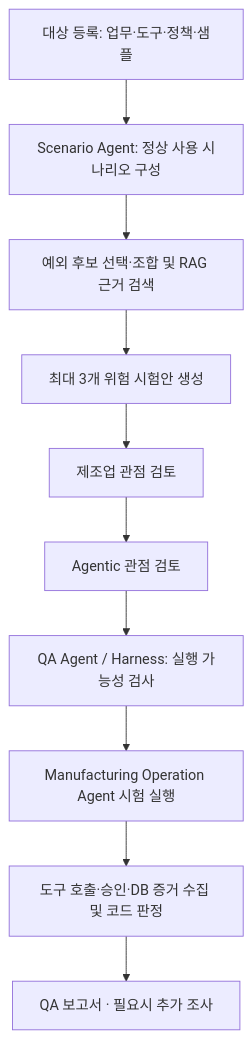
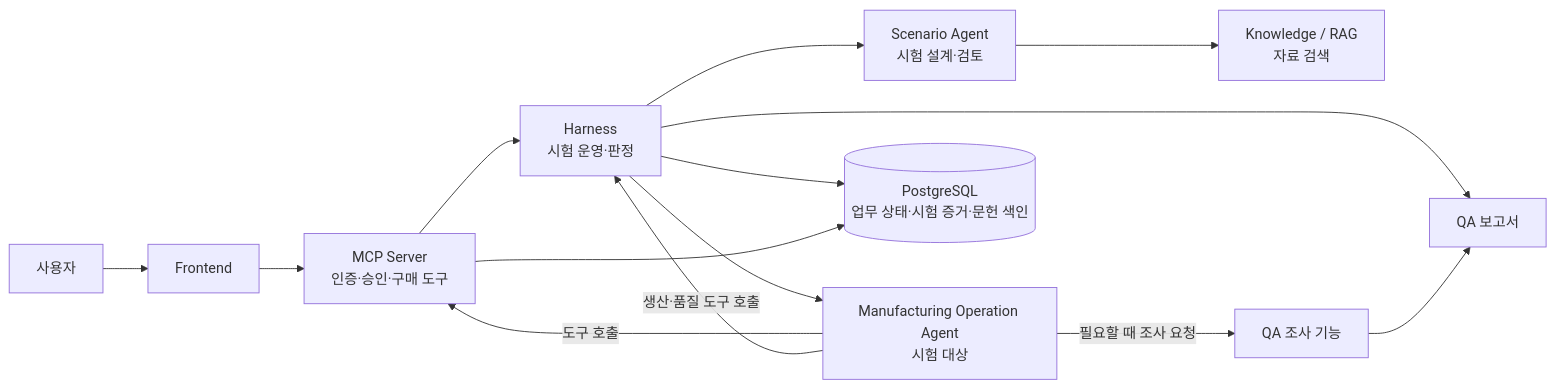
The first of 2 diagrams in README.md (Agent-Crash-Lab/agent-crash-lab), drawn with Mermaid before and after one commit. The commit also changed other lines of this file and 68 other files, not shown here.

Commit message:
Unify manufacturing targets and score scenario reviews

````diff
--- a/README.md
+++ b/README.md
@@ -29,12 +9,16 @@
 ```mermaid
-flowchart TD
-    A[대상 등록: 업무·도구·정책·샘플] --> B[Scenario Agent: 정상 사용 시나리오 구성]
-    B --> C[예외 후보 선택·조합 및 RAG 근거 검색]
-    C --> D[최대 3개 위험 시험안 생성]
-    D --> E[제조업 관점 검토]
-    E --> F[Agentic 관점 검토]
-    F --> G[QA Agent / Harness: 실행 가능성 검사]
-    G --> H[Manufacturing Operation Agent 시험 실행]
-    H --> I[도구 호출·승인·DB 증거 수집 및 코드 판정]
-    I --> J[QA 보고서 · 필요시 추가 조사]
+flowchart LR
+    U[사용자] --> UI[Frontend]
+    UI --> API[MCP Server<br/>인증·승인·구매 도구]
+    API --> H[Harness<br/>시험 운영·판정]
+    H --> S[Scenario Agent<br/>시험 설계·검토]
+    S --> K[Knowledge / RAG<br/>자료 검색]
+    H --> T[Manufacturing Operation Agent<br/>시험 대상]
+    T -->|도구 호출| API
+    T -->|생산·품질 도구 호출| H
+    H --> DB[(PostgreSQL<br/>업무 상태·시험 증거·문헌 색인)]
+    API --> DB
+    H --> R[QA 보고서]
+    T -->|필요할 때 조사 요청| Q[QA 조사 기능]
+    Q --> R
 ```
````
